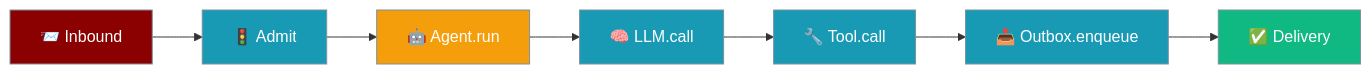
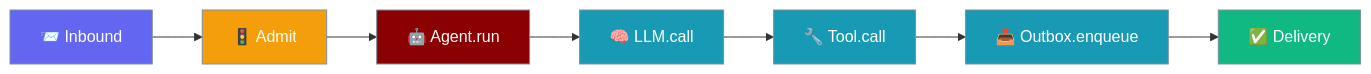
Before and after one commit to MervinPraison/PraisonAIDocs: the first of 3 diagrams in docs/features/gateway-tracing-hook.mdx, drawn with Mermaid. The commit also changed other lines of this file and 5 other files, not shown here.

````diff
--- a/docs/features/gateway-tracing-hook.mdx
+++ b/docs/features/gateway-tracing-hook.mdx
@@ -24,19 +24,21 @@
 ```mermaid
 graph LR
     Inbound[📨 Inbound] --> Admit[🚦 Admit]
     Admit --> Run[🤖 Agent.run]
     Run --> LLM[🧠 LLM.call]
     LLM --> Tool[🔧 Tool.call]
     Tool --> Outbox[📤 Outbox.enqueue]
     Outbox --> Delivery[✅ Delivery]
 
-    classDef inbound fill:#8B0000,stroke:#7C90A0,color:#fff
-    classDef stage fill:#189AB4,stroke:#7C90A0,color:#fff
-    classDef agent fill:#F59E0B,stroke:#7C90A0,color:#fff
+    classDef inbound fill:#6366F1,stroke:#7C90A0,color:#fff
+    classDef admit fill:#F59E0B,stroke:#7C90A0,color:#fff
+    classDef agent fill:#8B0000,stroke:#7C90A0,color:#fff
+    classDef process fill:#189AB4,stroke:#7C90A0,color:#fff
     classDef done fill:#10B981,stroke:#7C90A0,color:#fff
 
     class Inbound inbound
-    class Admit,LLM,Tool,Outbox stage
+    class Admit admit
     class Run agent
+    class LLM,Tool,Outbox process
     class Delivery done
 ```
````
